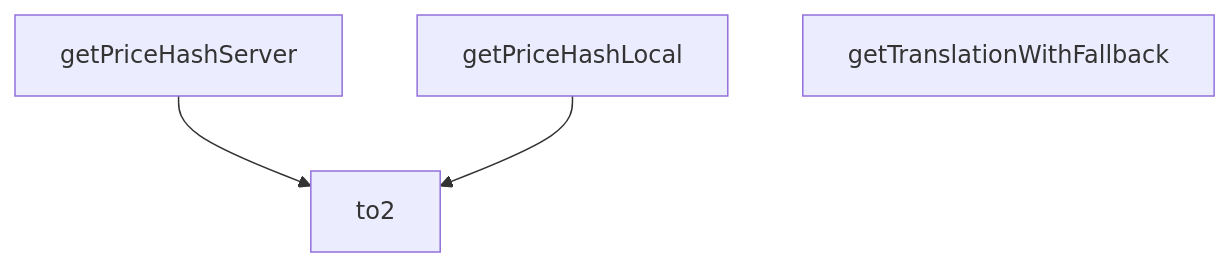
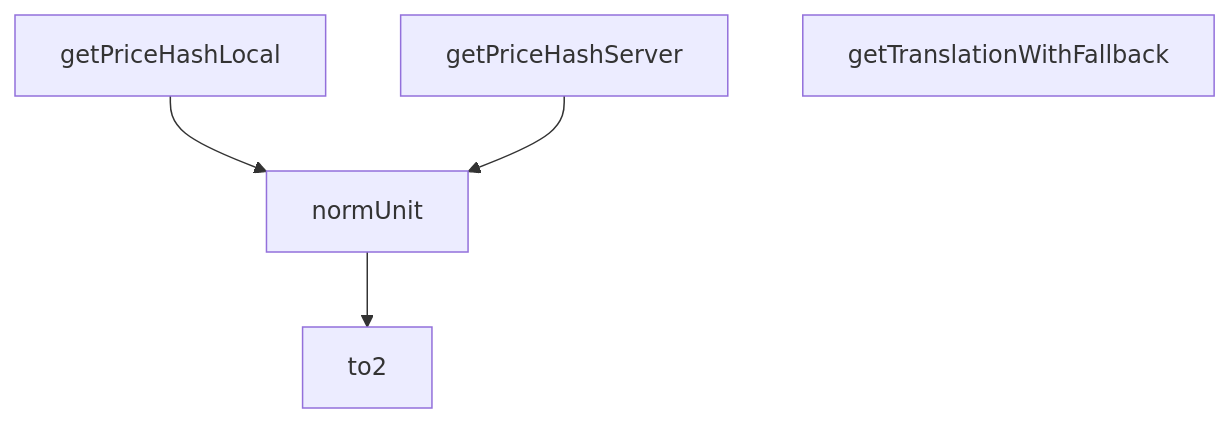
One commit to peckop/venthub-hvac-esite changed the diagram in src/utils/checkoutHelpers.md. Above: the diagram before and after it, drawn with Mermaid. The commit also changed other lines of this file and 169 other files, not shown here.

````diff
--- a/src/utils/checkoutHelpers.md
+++ b/src/utils/checkoutHelpers.md
@@ -103,9 +138,11 @@
 ```mermaid
 graph TD
     checkoutHelpers_ts__getPriceHashLocal["getPriceHashLocal"]
     checkoutHelpers_ts__getPriceHashServer["getPriceHashServer"]
     checkoutHelpers_ts__getTranslationWithFallback["getTranslationWithFallback"]
+    checkoutHelpers_ts__normUnit["normUnit"]
     checkoutHelpers_ts__to2["to2"]
-    checkoutHelpers_ts__getPriceHashServer --> checkoutHelpers_ts__to2
-    checkoutHelpers_ts__getPriceHashLocal --> checkoutHelpers_ts__to2
+    checkoutHelpers_ts__getPriceHashLocal --> checkoutHelpers_ts__normUnit
+    checkoutHelpers_ts__getPriceHashServer --> checkoutHelpers_ts__normUnit
+    checkoutHelpers_ts__normUnit --> checkoutHelpers_ts__to2
 ```
````
